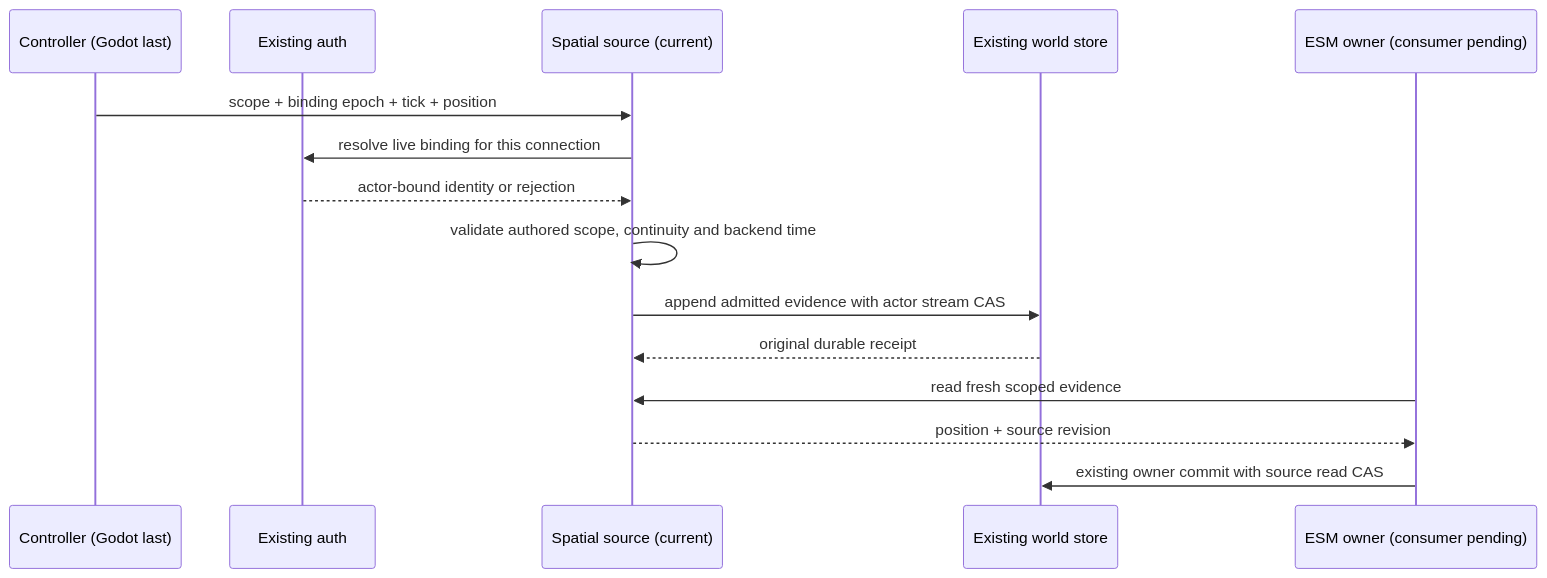
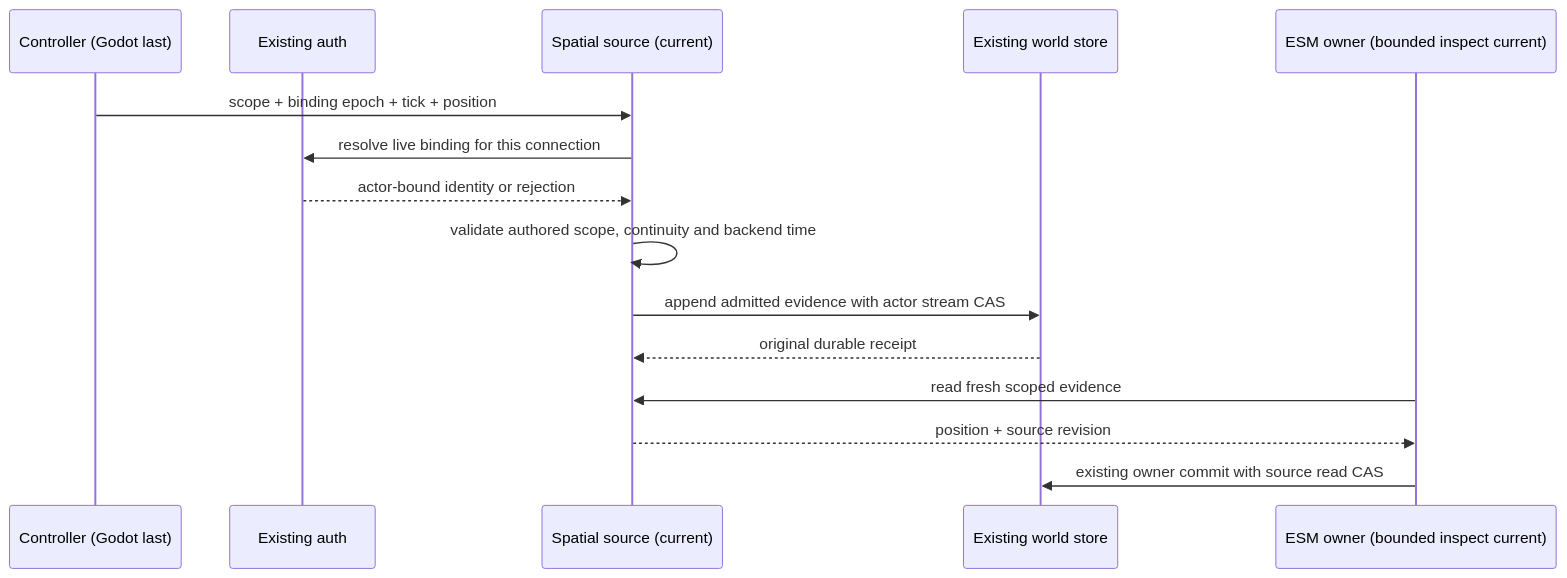
One commit to Dancing-coin/Paralls-phase0-1 changed the second of 6 diagrams in docs/superpowers/specs/2026-10-20-embodied-spatial-source-design.md. Above: the diagram before and after it, drawn with Mermaid. The commit also changed other lines of this file and 7 other files, not shown here.

Commit message:
feat: dispatch bounded character inspect to durable ESM owner

````diff
--- a/docs/superpowers/specs/2026-10-20-embodied-spatial-source-design.md
+++ b/docs/superpowers/specs/2026-10-20-embodied-spatial-source-design.md
@@ -28,17 +28,17 @@
 ```mermaid
 sequenceDiagram
   participant G as Controller (Godot last)
   participant A as Existing auth
   participant S as Spatial source (current)
   participant W as Existing world store
-  participant O as ESM owner (consumer pending)
+  participant O as ESM owner (bounded inspect current)
   G->>S: scope + binding epoch + tick + position
   S->>A: resolve live binding for this connection
   A-->>S: actor-bound identity or rejection
   S->>S: validate authored scope, continuity and backend time
   S->>W: append admitted evidence with actor stream CAS
   W-->>S: original durable receipt
   O->>S: read fresh scoped evidence
   S-->>O: position + source revision
   O->>W: existing owner commit with source read CAS
 ```
````
